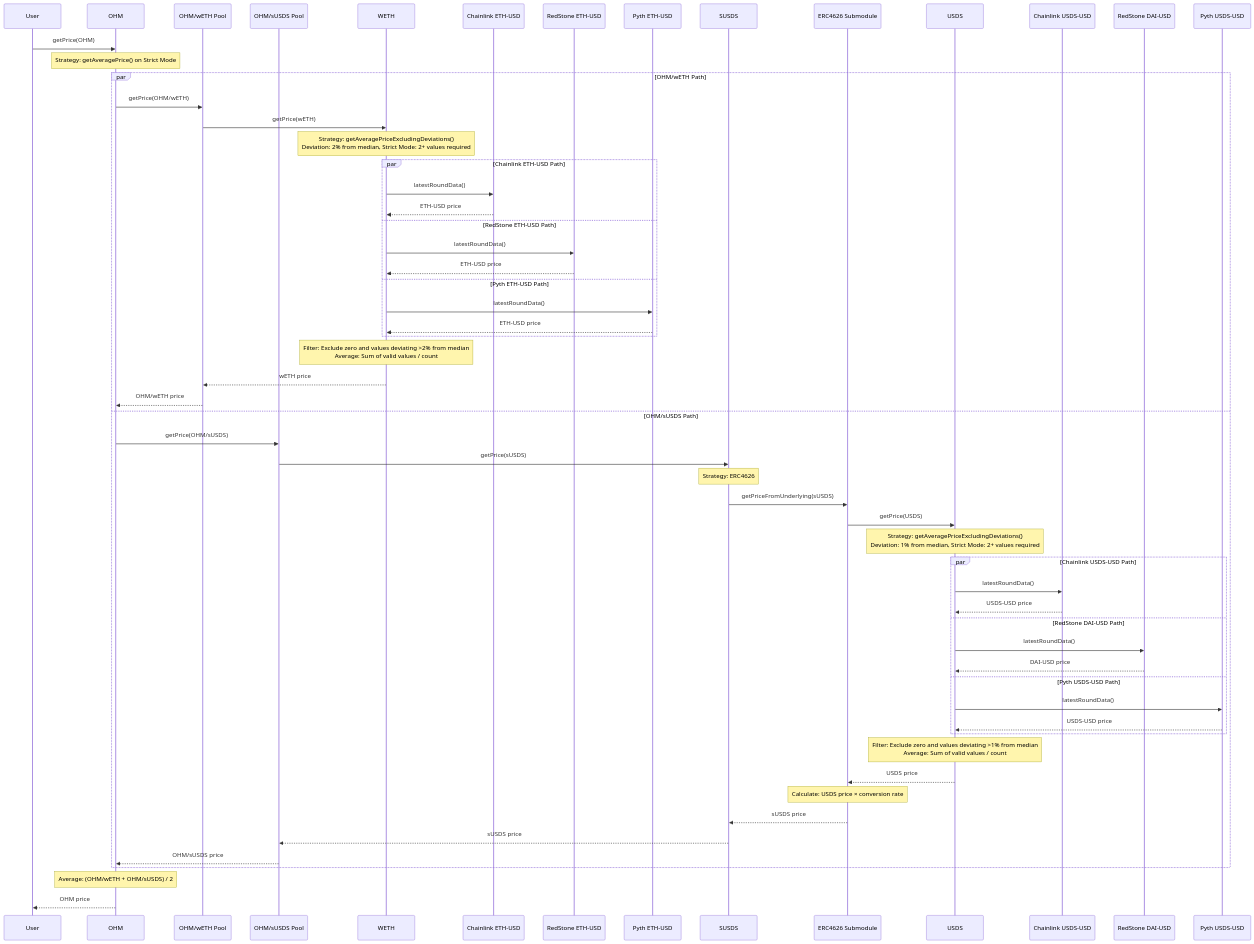
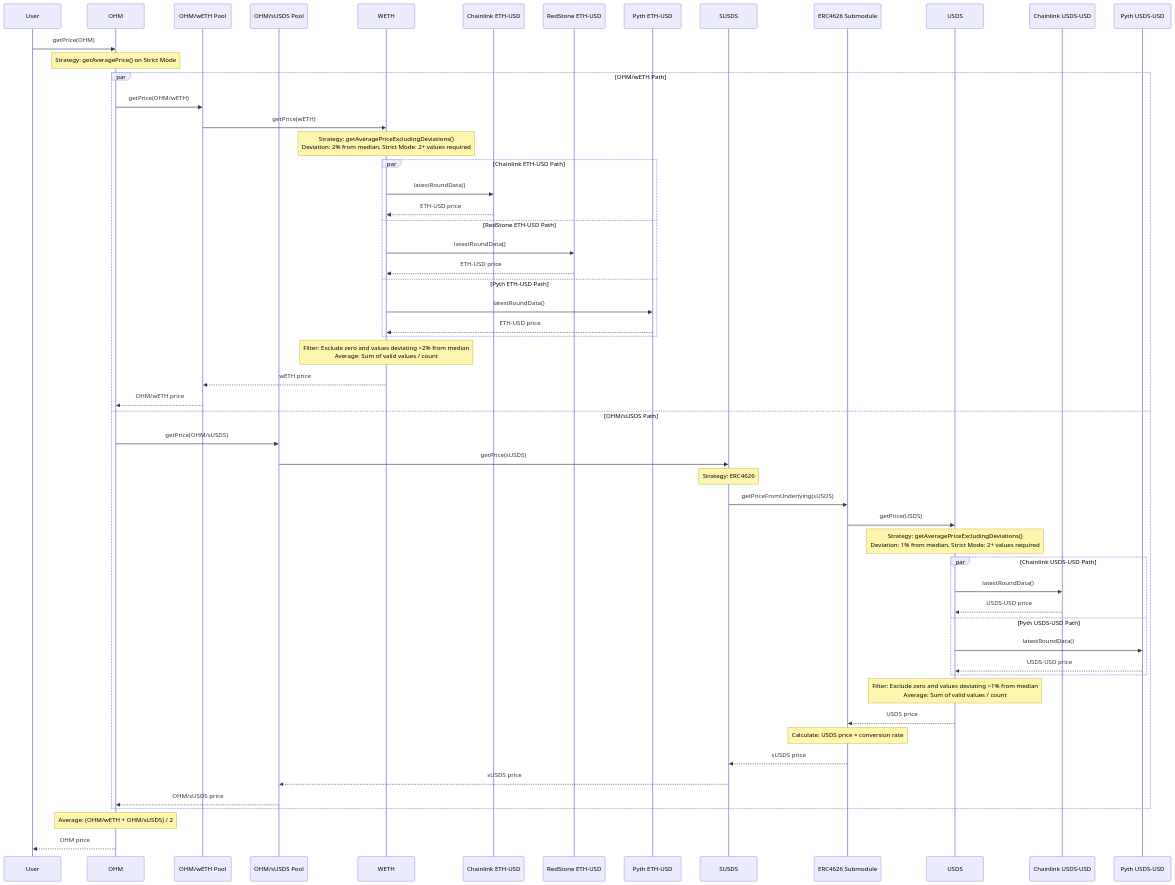
The third of 3 diagrams in documentation/price.md (OlympusDAO/olympus-v3), drawn with Mermaid before and after one commit. The commit also changed other lines of this file and 2 other files, not shown here.

Commit message:
script: remove incorrect RedStone USDS feed

````diff
--- a/documentation/price.md
+++ b/documentation/price.md
@@ -99,74 +95,70 @@
 ```mermaid
 sequenceDiagram
     participant User
     participant OHM
     participant OHM_WETH_Pool as OHM/wETH Pool
     participant OHM_SUSDS_Pool as OHM/sUSDS Pool
     participant WETH
     participant CL_ETH as Chainlink ETH-USD
     participant RS_ETH as RedStone ETH-USD
     participant Pyth_ETH as Pyth ETH-USD
     participant SUSDS
     participant ERC4626 as ERC4626 Submodule
     participant USDS
     participant CL_USDS as Chainlink USDS-USD
-    participant RS_DAI as RedStone DAI-USD
     participant Pyth_USDS as Pyth USDS-USD
 
     User->>OHM: getPrice(OHM)
 
     Note over OHM: Strategy: getAveragePrice() on Strict Mode
 
     par OHM/wETH Path
         OHM->>OHM_WETH_Pool: getPrice(OHM/wETH)
         OHM_WETH_Pool->>WETH: getPrice(wETH)
 
         Note over WETH: Strategy: getAveragePriceExcludingDeviations()<br/>Deviation: 2% from median, Strict Mode: 2+ values required
 
         par Chainlink ETH-USD Path
             WETH->>CL_ETH: latestRoundData()
             CL_ETH-->>WETH: ETH-USD price
         and RedStone ETH-USD Path
             WETH->>RS_ETH: latestRoundData()
             RS_ETH-->>WETH: ETH-USD price
         and Pyth ETH-USD Path
             WETH->>Pyth_ETH: latestRoundData()
             Pyth_ETH-->>WETH: ETH-USD price
         end
 
         Note over WETH: Filter: Exclude zero and values deviating >2% from median<br/>Average: Sum of valid values / count
         WETH-->>OHM_WETH_Pool: wETH price
         OHM_WETH_Pool-->>OHM: OHM/wETH price
     and OHM/sUSDS Path
         OHM->>OHM_SUSDS_Pool: getPrice(OHM/sUSDS)
         OHM_SUSDS_Pool->>SUSDS: getPrice(sUSDS)
 
         Note over SUSDS: Strategy: ERC4626
 
         SUSDS->>ERC4626: getPriceFromUnderlying(sUSDS)
         ERC4626->>USDS: getPrice(USDS)
 
         Note over USDS: Strategy: getAveragePriceExcludingDeviations()<br/>Deviation: 1% from median, Strict Mode: 2+ values required
 
         par Chainlink USDS-USD Path
             USDS->>CL_USDS: latestRoundData()
             CL_USDS-->>USDS: USDS-USD price
-        and RedStone DAI-USD Path
-            USDS->>RS_DAI: latestRoundData()
-            RS_DAI-->>USDS: DAI-USD price
         and Pyth USDS-USD Path
             USDS->>Pyth_USDS: latestRoundData()
             Pyth_USDS-->>USDS: USDS-USD price
         end
 
         Note over USDS: Filter: Exclude zero and values deviating >1% from median<br/>Average: Sum of valid values / count
         USDS-->>ERC4626: USDS price
         Note over ERC4626: Calculate: USDS price × conversion rate
         ERC4626-->>SUSDS: sUSDS price
         SUSDS-->>OHM_SUSDS_Pool: sUSDS price
         OHM_SUSDS_Pool-->>OHM: OHM/sUSDS price
     end
 
     Note over OHM: Average: (OHM/wETH + OHM/sUSDS) / 2
     OHM-->>User: OHM price
 ```
````
